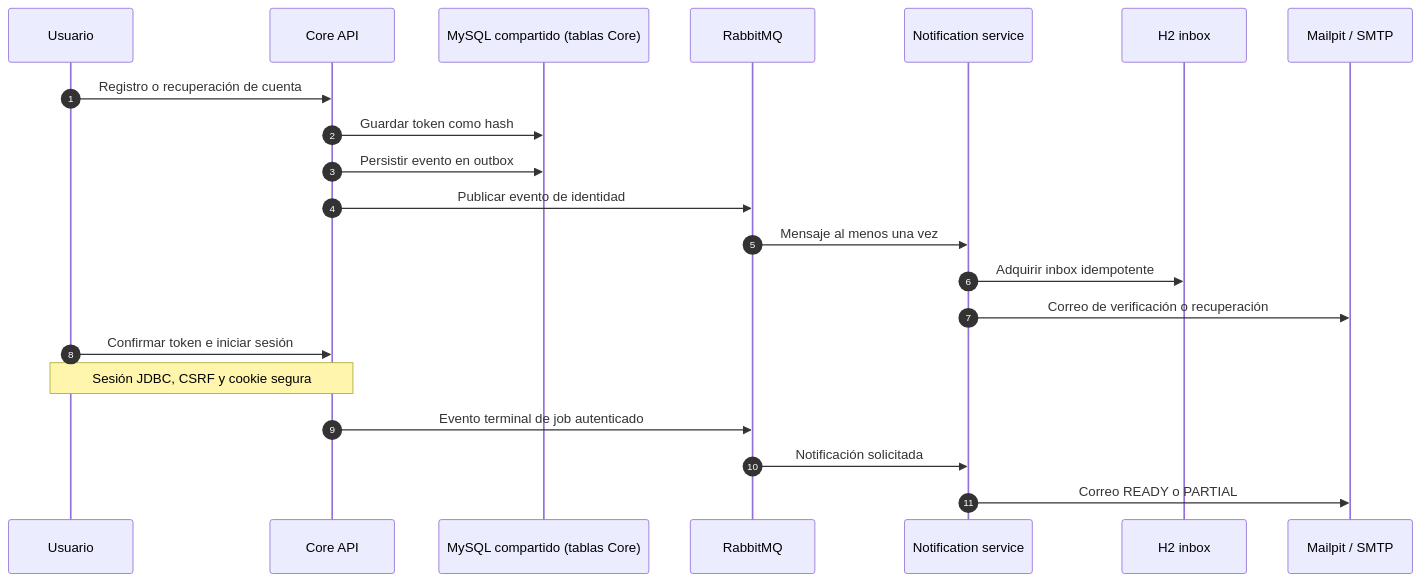
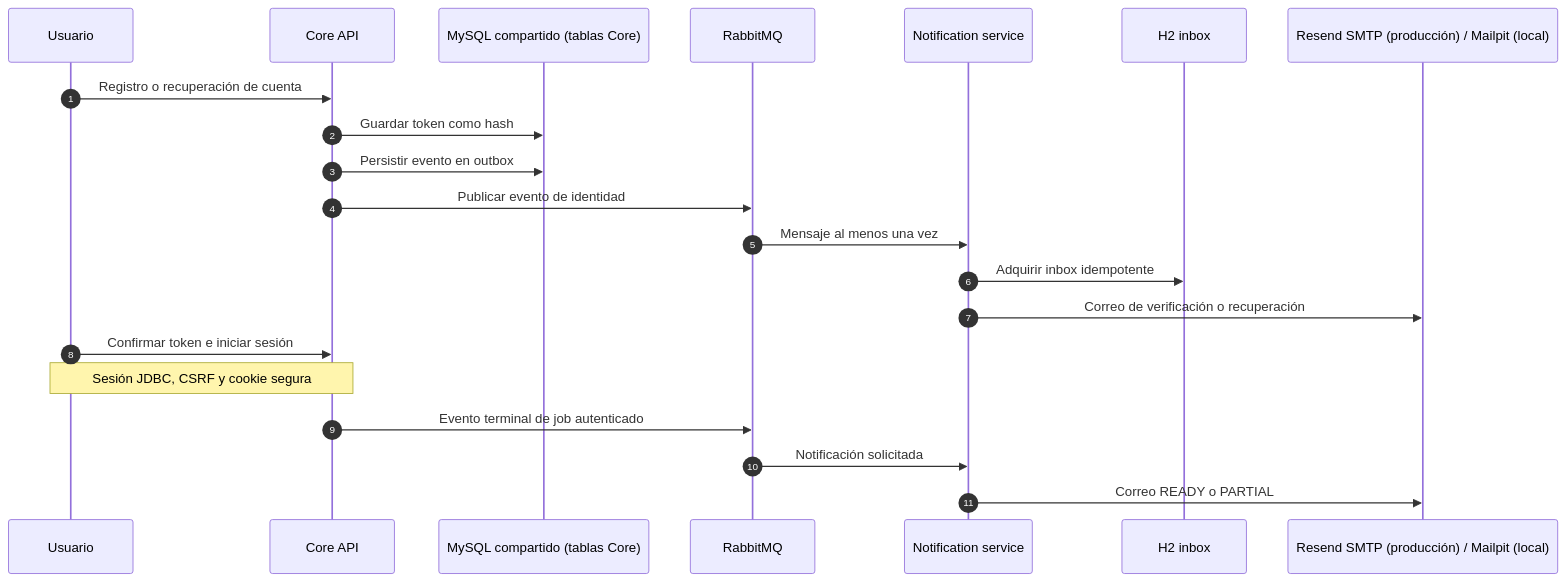
Before and after one commit to Joseleelsuper/Batch-Downloader-Memoria: the diagram in diagrams/identity_notifications.mmd, drawn with Mermaid. The commit also changed 34 other files, not shown here.

```diff
--- a/diagrams/identity_notifications.mmd
+++ b/diagrams/identity_notifications.mmd
@@ -1,22 +1,22 @@
 sequenceDiagram
     autonumber
     participant U as Usuario
     participant C as Core API
     participant D as MySQL compartido (tablas Core)
     participant R as RabbitMQ
     participant N as Notification service
     participant H as H2 inbox
-    participant M as Mailpit / SMTP
+    participant M as Resend SMTP (producción) / Mailpit (local)
 
     U->>C: Registro o recuperación de cuenta
     C->>D: Guardar token como hash
     C->>D: Persistir evento en outbox
     C->>R: Publicar evento de identidad
     R->>N: Mensaje al menos una vez
     N->>H: Adquirir inbox idempotente
     N->>M: Correo de verificación o recuperación
     U->>C: Confirmar token e iniciar sesión
     Note over U,C: Sesión JDBC, CSRF y cookie segura
     C->>R: Evento terminal de job autenticado
     R->>N: Notificación solicitada
     N->>M: Correo READY o PARTIAL
```
